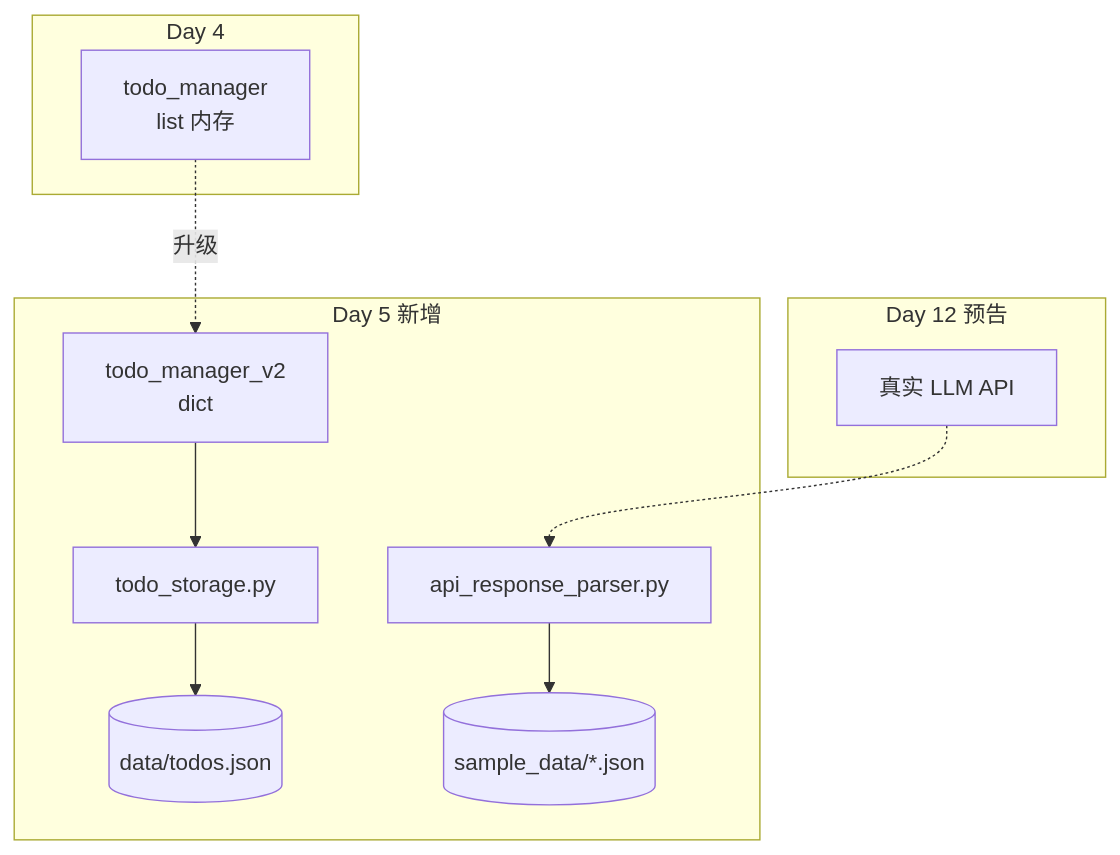
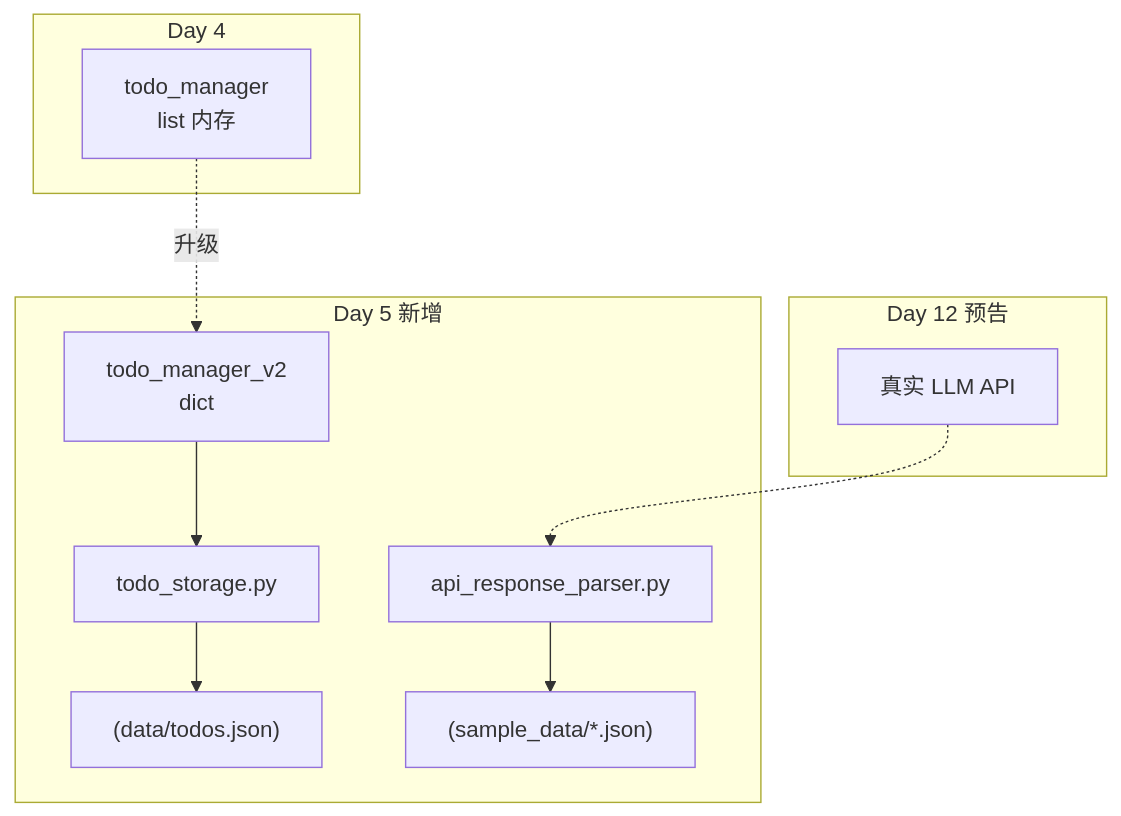
The diagram in course/day05/03_架构设计.md (ab6539763/70_days_course_plus), drawn with Mermaid before and after one commit. The commit also changed 134 other files, not shown here.

````diff
--- a/course/day05/03_架构设计.md
+++ b/course/day05/03_架构设计.md
@@ -7,21 +7,21 @@
 ```mermaid
 graph TB
     subgraph Day4["Day 4"]
-        TM1[todo_manager<br/>list 内存]
+        TM1["todo_manager<br/>list 内存"]
     end
     subgraph Day5["Day 5 新增"]
-        TM2[todo_manager_v2<br/>dict]
+        TM2["todo_manager_v2<br/>dict"]
         TS[todo_storage.py]
         AP[api_response_parser.py]
-        JSON1[(data/todos.json)]
-        JSON2[(sample_data/*.json)]
+        JSON1["(data/todos.json)"]
+        JSON2["(sample_data/*.json)"]
     end
     subgraph Day12["Day 12 预告"]
         API[真实 LLM API]
     end
     
     TM1 -.升级.-> TM2
     TM2 --> TS --> JSON1
     AP --> JSON2
     API -.-> AP
 ```
````
